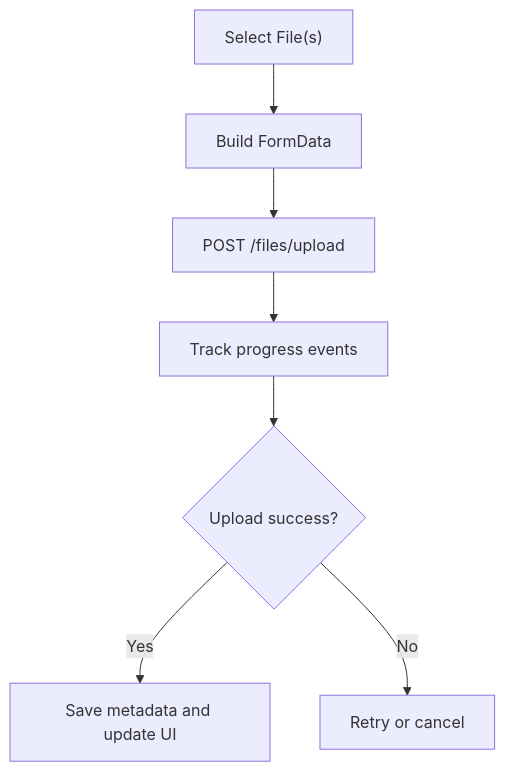
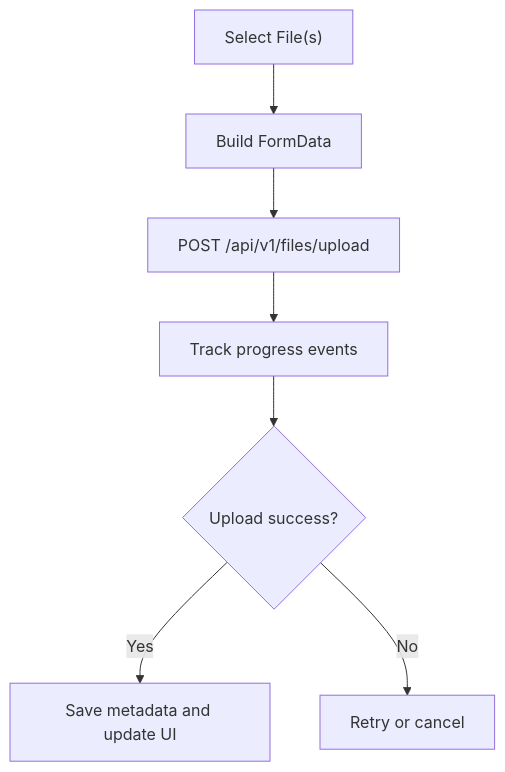
Diagram 11 of 14 in .qoder/repowiki/en/content/System Architecture/Frontend Architecture/API Integration/API Integration.md (franckylab/eLISAschool), drawn with Mermaid before and after one commit. The commit also changed other lines of this file and 35 other files, not shown here.

First line of the commit message:
refactor(configuration): redistribuer la gestion de la configuration vers architecture distribuée

````diff
--- a/.qoder/repowiki/en/content/System Architecture/Frontend Architecture/API Integration/API Integration.md
+++ b/.qoder/repowiki/en/content/System Architecture/Frontend Architecture/API Integration/API Integration.md
@@ -418,9 +456,9 @@
 ```mermaid
 flowchart TD
 Select["Select File(s)"] --> BuildForm["Build FormData"]
-BuildForm --> Upload["POST /files/upload"]
+BuildForm --> Upload["POST /api/v1/files/upload"]
 Upload --> Progress["Track progress events"]
 Progress --> Success{"Upload success?"}
 Success --> |Yes| SaveMeta["Save metadata and update UI"]
 Success --> |No| RetryOrCancel["Retry or cancel"]
 ```
````
